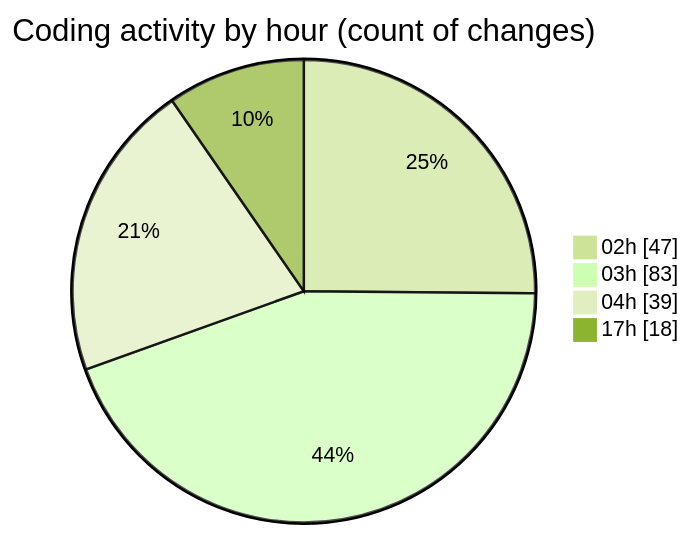
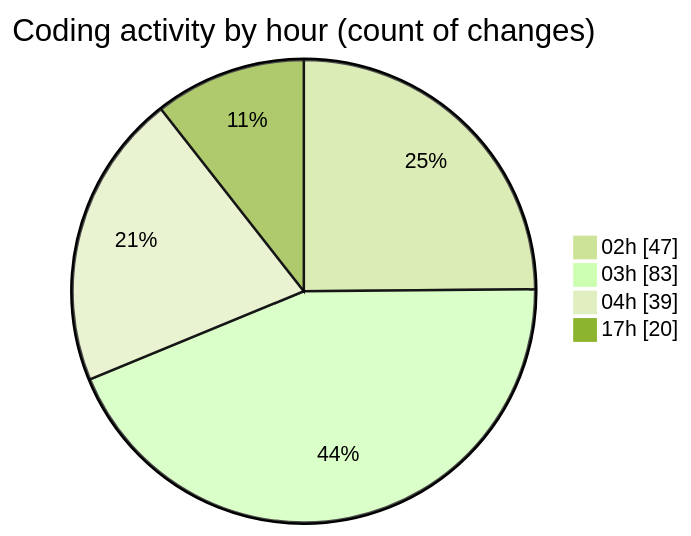
Before and after one commit to ernivani/code-tracking: the second of 2 diagrams in 2025-01-02/3drust/README.md, drawn with Mermaid (forest theme). The commit also changed other lines of this file and 2 other files, not shown here.

````diff
--- a/2025-01-02/3drust/README.md
+++ b/2025-01-02/3drust/README.md
@@ -42,8 +42,8 @@
 ```mermaid
 pie showData
 title Coding activity by hour (count of changes)
 "02h" : 47
 "03h" : 83
 "04h" : 39
-"17h" : 18
+"17h" : 20
 ```
````
